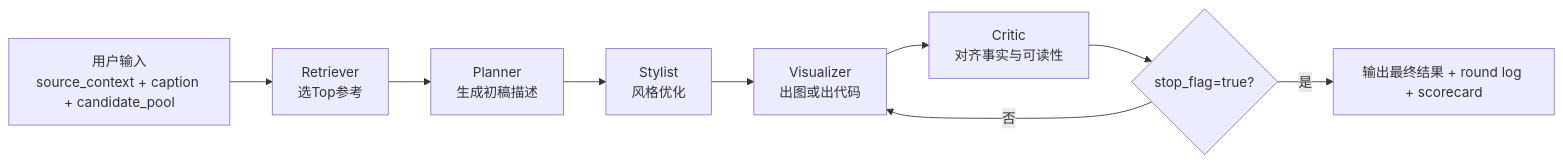
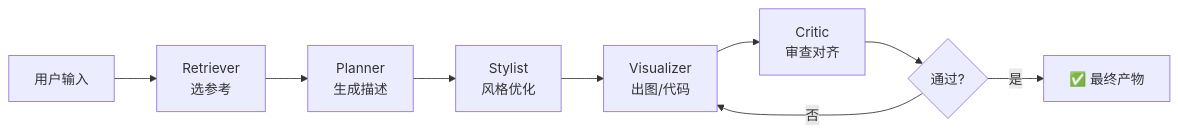
One commit to Haimbeau1o/paperbanana-agentic-illustration-skill changed the first of 2 diagrams in README.md. Above: the diagram before and after it, drawn with Mermaid. The commit also changed other lines of this file, not shown here.

````diff
--- a/README.md
+++ b/README.md
@@ -62,11 +76,11 @@
 ```mermaid
 flowchart LR
-    A[用户输入<br/>source_context + caption + candidate_pool] --> B[Retriever<br/>选Top参考]
-    B --> C[Planner<br/>生成初稿描述]
+    A[用户输入] --> B[Retriever<br/>选参考]
+    B --> C[Planner<br/>生成描述]
     C --> D[Stylist<br/>风格优化]
-    D --> E[Visualizer<br/>出图或出代码]
-    E --> F[Critic<br/>对齐事实与可读性]
-    F --> G{stop_flag=true?}
+    D --> E[Visualizer<br/>出图/代码]
+    E --> F[Critic<br/>审查对齐]
+    F --> G{通过?}
     G -- 否 --> E
-    G -- 是 --> H[输出最终结果 + round log + scorecard]
+    G -- 是 --> H[✅ 最终产物]
 ```
````
